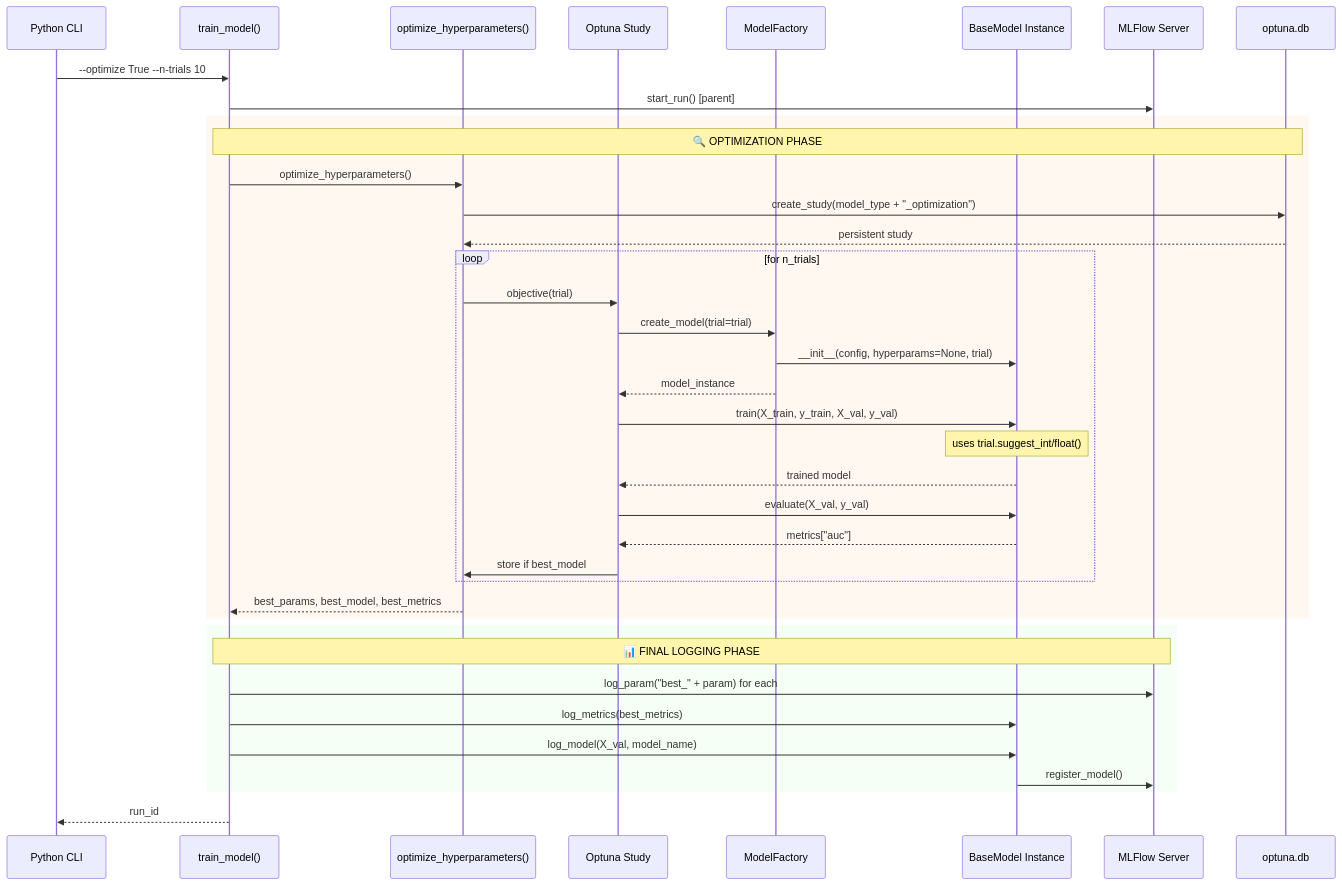
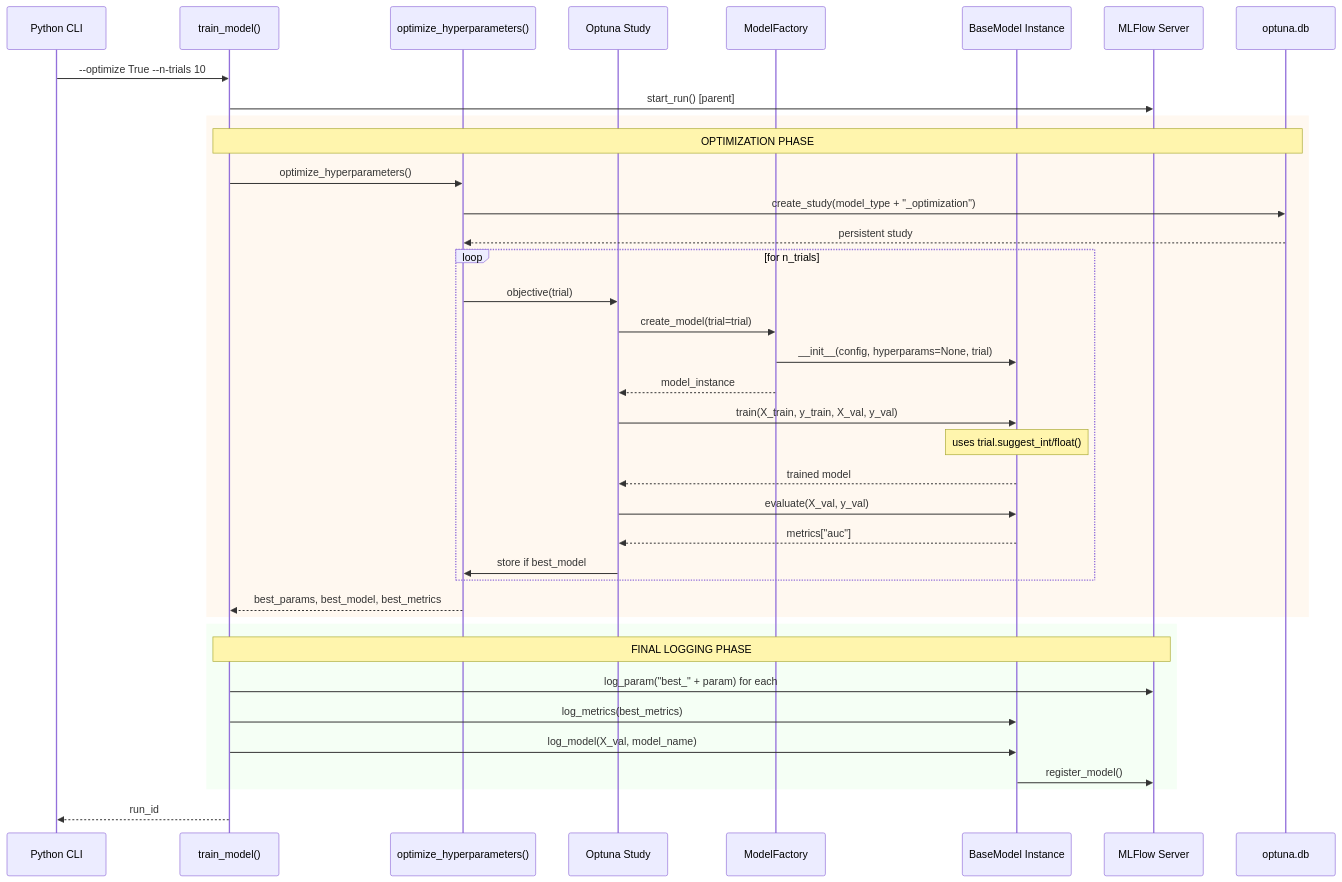
Before and after one commit to alvarog2491/bank-client-subscription-classifier: the second of 2 diagrams in docs/docs/mlflow/v2/02_architecture.md, drawn with Mermaid. The commit also changed 7 other files, not shown here.

````diff
--- a/docs/docs/mlflow/v2/02_architecture.md
+++ b/docs/docs/mlflow/v2/02_architecture.md
@@ -62,48 +62,48 @@
 ```mermaid
 sequenceDiagram
     participant CLI as Python CLI
     participant TrainFunc as train_model()
     participant Optimizer as optimize_hyperparameters()
     participant Study as Optuna Study
     participant Factory as ModelFactory
     participant Model as BaseModel Instance
     participant MLFlow as MLFlow Server
     participant DB as optuna.db
     
     CLI->>TrainFunc: --optimize True --n-trials 10
     TrainFunc->>MLFlow: start_run() [parent]
     
     rect rgb(255, 248, 240)
-        Note over TrainFunc,DB: 🔍 OPTIMIZATION PHASE
+        Note over TrainFunc,DB: OPTIMIZATION PHASE
         TrainFunc->>Optimizer: optimize_hyperparameters()
         Optimizer->>DB: create_study(model_type + "_optimization")
         DB-->>Optimizer: persistent study
         
         loop for n_trials
             Optimizer->>Study: objective(trial)
             Study->>Factory: create_model(trial=trial)
             Factory->>Model: __init__(config, hyperparams=None, trial)
             Factory-->>Study: model_instance
             
             Study->>Model: train(X_train, y_train, X_val, y_val)
             Note over Model: uses trial.suggest_int/float()
             Model-->>Study: trained model
             
             Study->>Model: evaluate(X_val, y_val)
             Model-->>Study: metrics["auc"]
             Study->>Optimizer: store if best_model
         end
         
         Optimizer-->>TrainFunc: best_params, best_model, best_metrics
     end
     
     rect rgb(245, 255, 245)
-        Note over TrainFunc,MLFlow: 📊 FINAL LOGGING PHASE
+        Note over TrainFunc,MLFlow: FINAL LOGGING PHASE
         TrainFunc->>MLFlow: log_param("best_" + param) for each
         TrainFunc->>Model: log_metrics(best_metrics)
         TrainFunc->>Model: log_model(X_val, model_name)
         Model->>MLFlow: register_model()
     end
     
     TrainFunc-->>CLI: run_id
 ```
````
